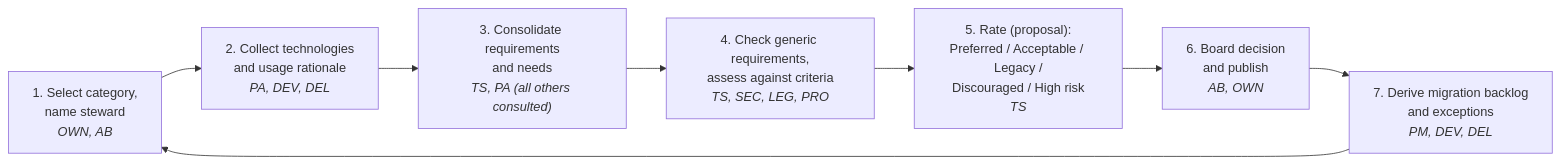
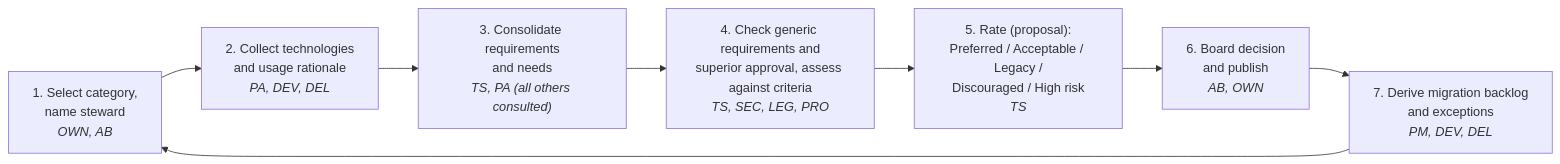
One commit to Kikkirej/framework changed the first of 8 diagrams in docs/Architecture/technology-harmonization.md. Above: the diagram before and after it, drawn with Mermaid. The commit also changed other lines of this file, not shown here.

````diff
--- a/docs/Architecture/technology-harmonization.md
+++ b/docs/Architecture/technology-harmonization.md
@@ -148,10 +171,10 @@
 ```mermaid
 flowchart LR
     A["1. Select category,<br/>name steward<br/><i>OWN, AB</i>"] --> B["2. Collect technologies<br/>and usage rationale<br/><i>PA, DEV, DEL</i>"]
     B --> C["3. Consolidate requirements<br/>and needs<br/><i>TS, PA (all others consulted)</i>"]
-    C --> D["4. Check generic requirements,<br/>assess against criteria<br/><i>TS, SEC, LEG, PRO</i>"]
+    C --> D["4. Check generic requirements and<br/>superior approval, assess against criteria<br/><i>TS, SEC, LEG, PRO</i>"]
     D --> E["5. Rate (proposal):<br/>Preferred / Acceptable / Legacy /<br/>Discouraged / High risk<br/><i>TS</i>"]
     E --> F["6. Board decision<br/>and publish<br/><i>AB, OWN</i>"]
     F --> G["7. Derive migration backlog<br/>and exceptions<br/><i>PM, DEV, DEL</i>"]
     G --> A
 ```
````
